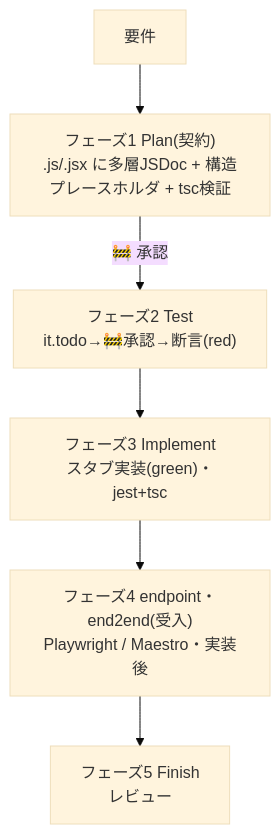
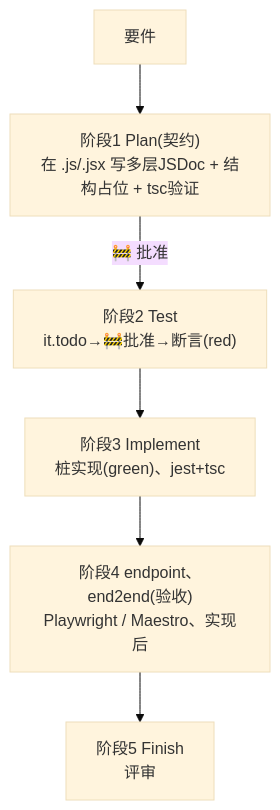
Before and after one commit to magcen-zone/supadevops: the second of 7 diagrams in README.md, drawn with Mermaid (base theme). The commit also changed other lines of this file and 11 other files, not shown here.

````diff
--- a/README.md
+++ b/README.md
@@ -180,8 +180,8 @@
 ```mermaid
 flowchart TD
-    R["要件"] --> P1["フェーズ1 Plan(契約)<br/>.js/.jsx に多層JSDoc + 構造プレースホルダ + tsc検証"]
-    P1 -->|🚧 承認| P2["フェーズ2 Test<br/>it.todo→🚧承認→断言(red)"]
-    P2 --> P3["フェーズ3 Implement<br/>スタブ実装(green)・jest+tsc"]
-    P3 --> P4["フェーズ4 endpoint・end2end(受入)<br/>Playwright / Maestro・実装後"]
-    P4 --> P5["フェーズ5 Finish<br/>レビュー"]
+    R["要件"] --> P1["阶段1 Plan(契约)<br/>在 .js/.jsx 写多层JSDoc + 结构占位 + tsc验证"]
+    P1 -->|🚧 批准| P2["阶段2 Test<br/>it.todo→🚧批准→断言(red)"]
+    P2 --> P3["阶段3 Implement<br/>桩实现(green)、jest+tsc"]
+    P3 --> P4["阶段4 endpoint、end2end(验收)<br/>Playwright / Maestro、实现后"]
+    P4 --> P5["阶段5 Finish<br/>评审"]
 ```
````
